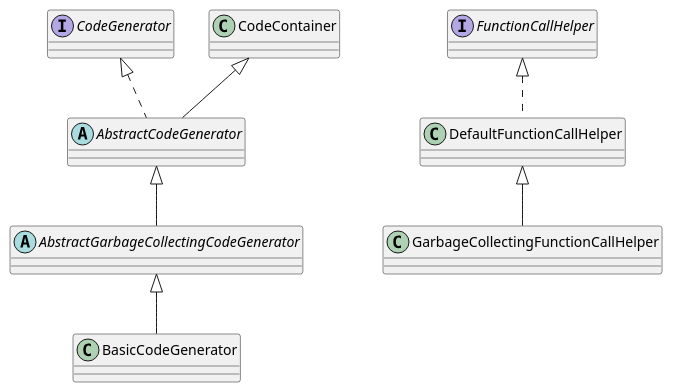
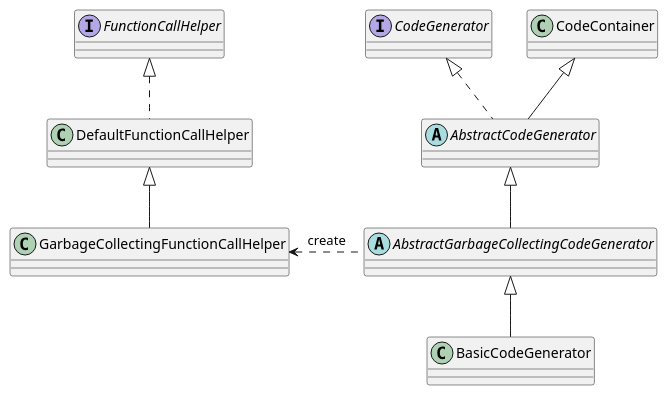
One commit to dykstrom/jcc changed the diagram in docs/diagrams/GCExtensions.puml. Above: the diagram before and after it, drawn with PlantUML. The commit also changed 5 other files, not shown here.

```diff
--- a/docs/diagrams/GCExtensions.puml
+++ b/docs/diagrams/GCExtensions.puml
@@ -1,22 +1,24 @@
 @startuml
 
 interface CodeGenerator
 interface FunctionCallHelper
 
 abstract class AbstractCodeGenerator
 abstract class AbstractGarbageCollectingCodeGenerator
 
 class BasicCodeGenerator
 class CodeContainer
 class DefaultFunctionCallHelper
 class GarbageCollectingFunctionCallHelper
 
 CodeGenerator <|.. AbstractCodeGenerator
 CodeContainer <|-- AbstractCodeGenerator
 AbstractCodeGenerator <|-- AbstractGarbageCollectingCodeGenerator
 AbstractGarbageCollectingCodeGenerator <|-- BasicCodeGenerator
 
 FunctionCallHelper <|.. DefaultFunctionCallHelper
 DefaultFunctionCallHelper <|-- GarbageCollectingFunctionCallHelper
 
+GarbageCollectingFunctionCallHelper <..-right- AbstractGarbageCollectingCodeGenerator : create
+
 @enduml
```
